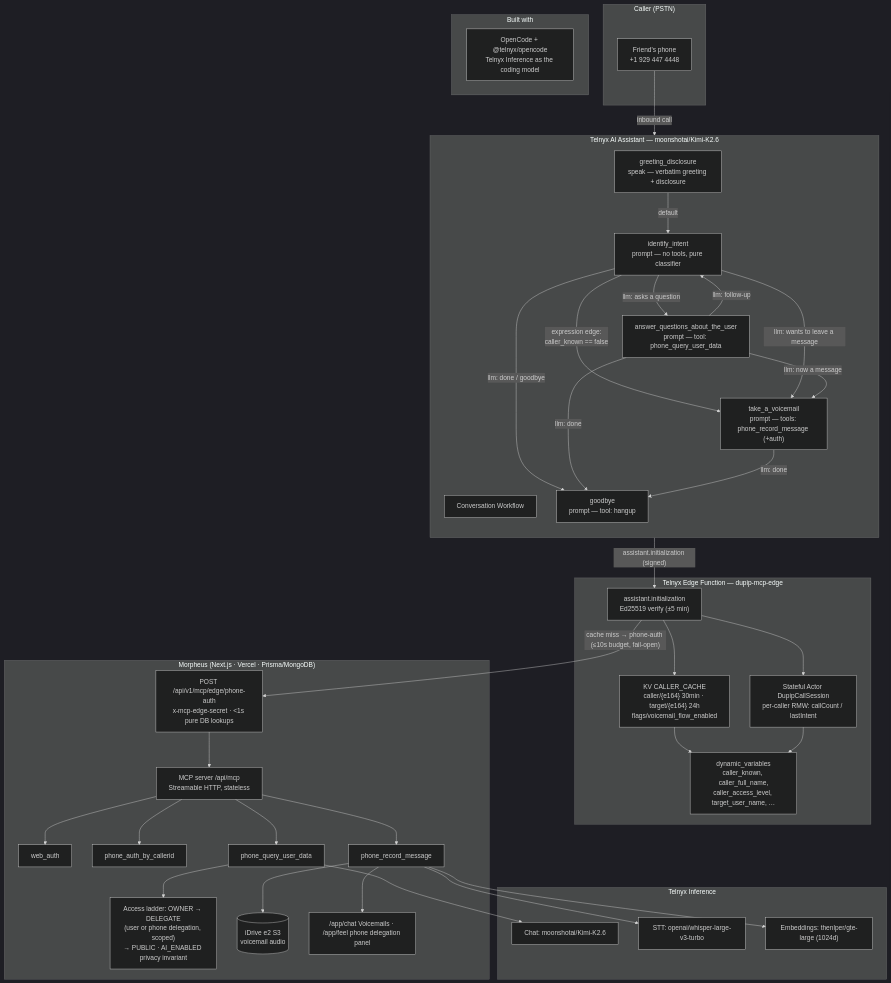
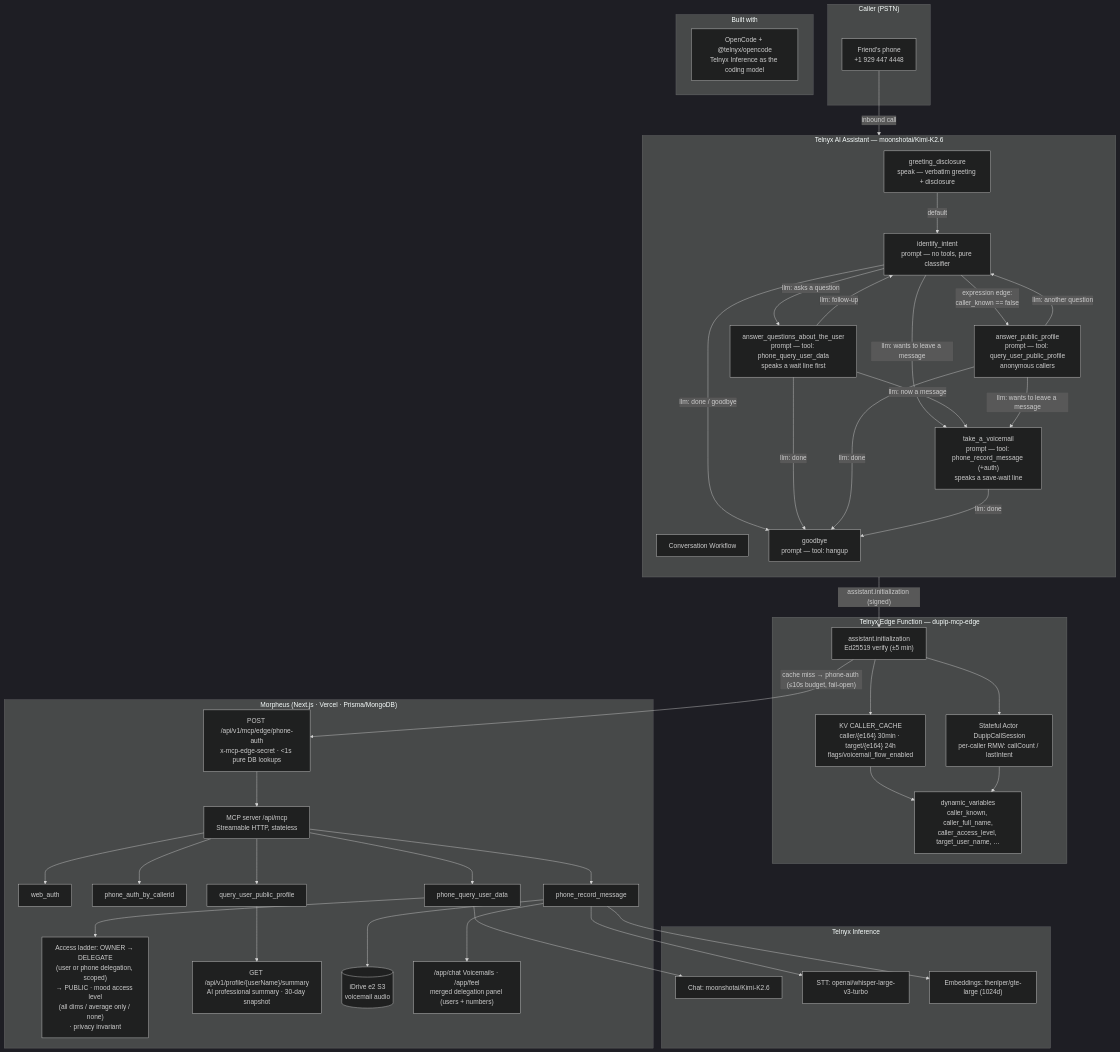
One commit to dupipcom/morpheus changed the diagram in edge/dupip-mcp-edge/README.md. Above: the diagram before and after it, drawn with Mermaid (dark theme). The commit also changed other lines of this file and 24 other files, not shown here.

````diff
--- a/edge/dupip-mcp-edge/README.md
+++ b/edge/dupip-mcp-edge/README.md
@@ -37,70 +44,77 @@
 ```mermaid
 flowchart TD
     subgraph CALLER["Caller (PSTN)"]
         C["Friend's phone<br/>+1 929 447 4448"]
     end
 
     subgraph ASSISTANT["Telnyx AI Assistant — moonshotai/Kimi-K2.6"]
         direction TB
         W["Conversation Workflow"]
         G["greeting_disclosure<br/>speak — verbatim greeting + disclosure"]
         R["identify_intent<br/>prompt — no tools, pure classifier"]
-        Q["answer_questions_about_the_user<br/>prompt — tool: phone_query_user_data"]
-        V["take_a_voicemail<br/>prompt — tools: phone_record_message (+auth)"]
+        Q["answer_questions_about_the_user<br/>prompt — tool: phone_query_user_data<br/>speaks a wait line first"]
+        AP["answer_public_profile<br/>prompt — tool: query_user_public_profile<br/>anonymous callers"]
+        V["take_a_voicemail<br/>prompt — tool: phone_record_message (+auth)<br/>speaks a save-wait line"]
         BYE["goodbye<br/>prompt — tool: hangup"]
         G -->|"default"| R
-        R -->|"expression edge:<br/>caller_known == false"| V
+        R -->|"expression edge:<br/>caller_known == false"| AP
         R -->|"llm: asks a question"| Q
         R -->|"llm: wants to leave a message"| V
         R -->|"llm: done / goodbye"| BYE
         Q -->|"llm: follow-up"| R
         Q -->|"llm: now a message"| V
         Q -->|"llm: done"| BYE
+        AP -->|"llm: wants to leave a message"| V
+        AP -->|"llm: another question"| R
+        AP -->|"llm: done"| BYE
         V -->|"llm: done"| BYE
     end
 
     subgraph EDGE["Telnyx Edge Function — dupip-mcp-edge"]
         H["assistant.initialization<br/>Ed25519 verify (±5 min)"]
         KV["KV CALLER_CACHE<br/>caller/{e164} 30min · target/{e164} 24h<br/>flags/voicemail_flow_enabled"]
         A["Stateful Actor DupipCallSession<br/>per-caller RMW: callCount / lastIntent"]
         DV["dynamic_variables<br/>caller_known, caller_full_name,<br/>caller_access_level, target_user_name, …"]
         H --> KV
         H --> A
         KV --> DV
         A --> DV
     end
 
     subgraph MORPHEUS["Morpheus (Next.js · Vercel · Prisma/MongoDB)"]
         PA["POST /api/v1/mcp/edge/phone-auth<br/>x-mcp-edge-secret · <1s pure DB lookups"]
         MCP["MCP server /api/mcp<br/>Streamable HTTP, stateless"]
         T1["web_auth"]
         T2["phone_auth_by_callerid"]
         T3["phone_query_user_data"]
         T4["phone_record_message"]
-        LADDER["Access ladder: OWNER → DELEGATE<br/>(user or phone delegation, scoped)<br/>→ PUBLIC · AI_ENABLED privacy invariant"]
+        T5["query_user_public_profile"]
+        LADDER["Access ladder: OWNER → DELEGATE<br/>(user or phone delegation, scoped)<br/>→ PUBLIC · mood access level<br/>(all dims / average only / none)<br/>· privacy invariant"]
+        SUM["GET /api/v1/profile/{userName}/summary<br/>AI professional summary · 30-day snapshot"]
         S3[("iDrive e2 S3<br/>voicemail audio")]
-        UI["/app/chat Voicemails · /app/feel phone delegation panel"]
-        MCP --> T1 & T2 & T3 & T4
+        UI["/app/chat Voicemails · /app/feel<br/>merged delegation panel (users + numbers)"]
+        MCP --> T1 & T2 & T3 & T4 & T5
         T3 --> LADDER
         T4 --> S3
         T4 --> UI
+        T5 --> SUM
     end
 
     subgraph INFRA["Telnyx Inference"]
         LLM["Chat: moonshotai/Kimi-K2.6"]
         STT["STT: openai/whisper-large-v3-turbo"]
         EMB["Embeddings: thenlper/gte-large (1024d)"]
     end
 
     C -->|"inbound call"| ASSISTANT
     ASSISTANT -->|"assistant.initialization (signed)"| H
     H -->|"cache miss → phone-auth (≤10s budget, fail-open)"| PA
     PA --> MCP
     T3 --> LLM
     T4 --> STT
     T4 --> EMB
 
     subgraph DEV["Built with"]
         OC["OpenCode + @telnyx/opencode<br/>Telnyx Inference as the coding model"]
     end
 ```
````
